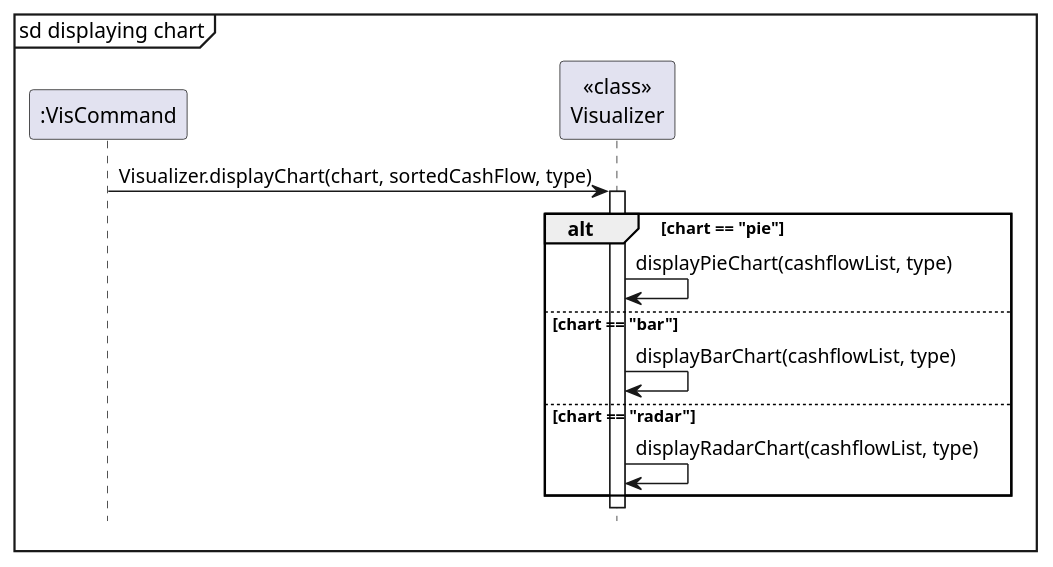
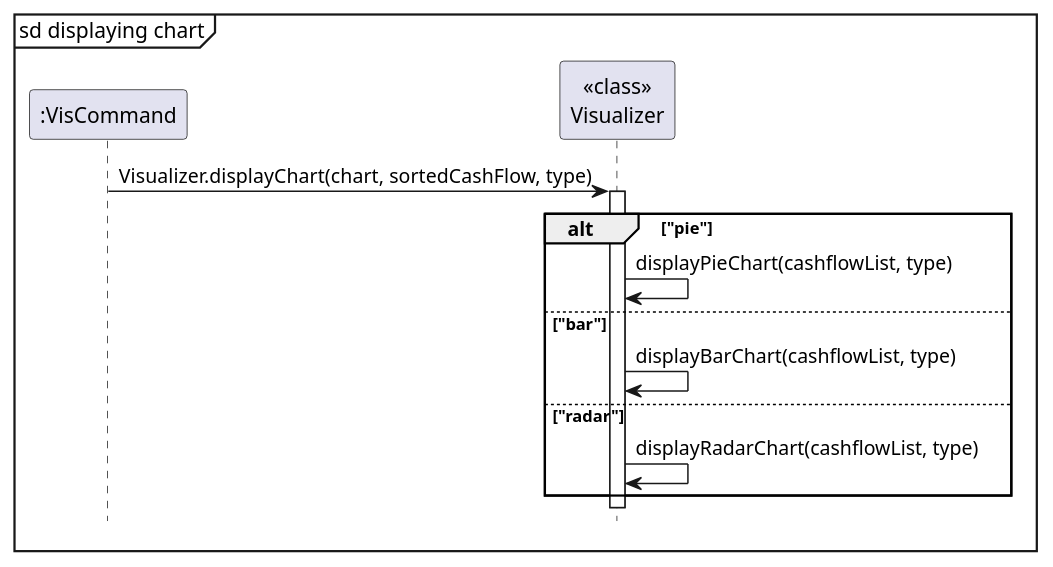
One commit to nus-cs2113-AY2324S1/tp changed the diagram in docs/diagrams/vis/visualizerSequence.puml. Above: the diagram before and after it, drawn with PlantUML. The commit also changed 3 other files, not shown here.

Commit message:
Fix DG sequence diagram for cat and vis

```diff
--- a/docs/diagrams/vis/visualizerSequence.puml
+++ b/docs/diagrams/vis/visualizerSequence.puml
@@ -1,22 +1,22 @@
 @startuml
 
 mainframe sd displaying chart
 
 participant ":VisCommand"
 participant "<<class>>\nVisualizer"
 
 ":VisCommand"-> "<<class>>\nVisualizer": Visualizer.displayChart(chart, sortedCashFlow, type)
 
 activate "<<class>>\nVisualizer"
 
-alt chart == "pie"
+alt "pie"
     "<<class>>\nVisualizer" -> "<<class>>\nVisualizer": displayPieChart(cashflowList, type)
-else chart == "bar"
+else "bar"
     "<<class>>\nVisualizer" -> "<<class>>\nVisualizer": displayBarChart(cashflowList, type)
-else chart == "radar"
+else "radar"
     "<<class>>\nVisualizer" -> "<<class>>\nVisualizer": displayRadarChart(cashflowList, type)
 end
 
 hide footbox
 
 @enduml
```
